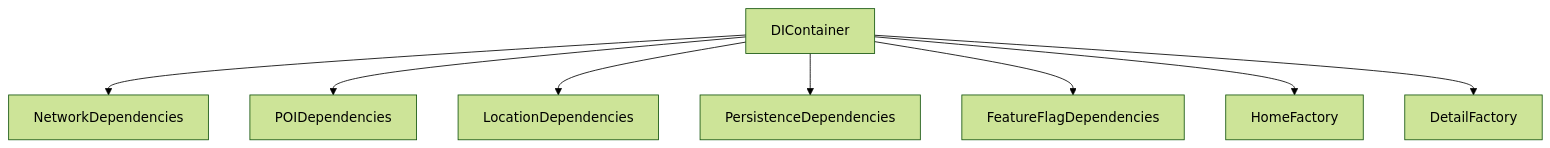
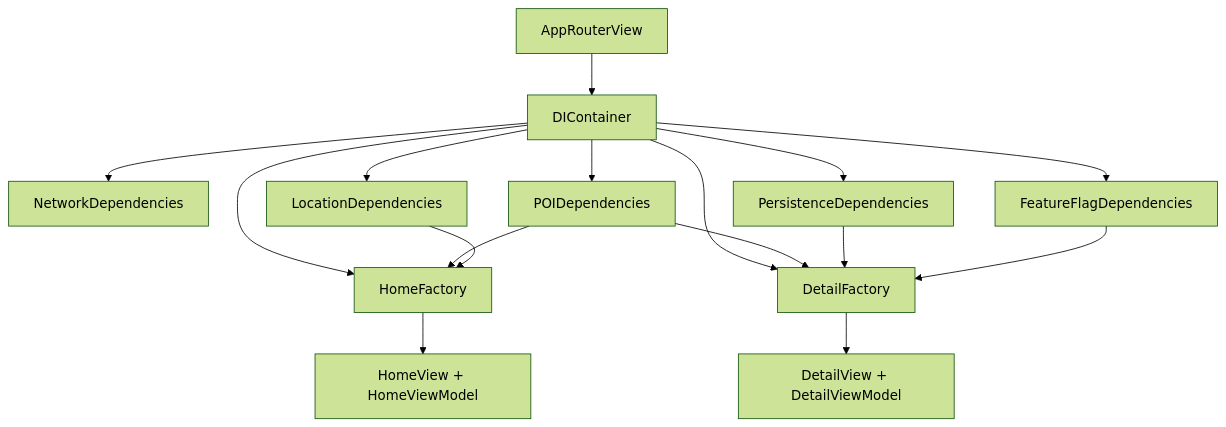
Before and after one commit to luizmellodev/Blueprint: the diagram in Documentation/Content/en/architecture/dependency-injection.md, drawn with Mermaid (forest theme). The commit also changed 32 other files, not shown here.

````diff
--- a/Documentation/Content/en/architecture/dependency-injection.md
+++ b/Documentation/Content/en/architecture/dependency-injection.md
@@ -62,11 +62,20 @@
 ```mermaid
 flowchart TB
+  ARV[AppRouterView]
   C[DIContainer]
+  ARV --> C
+  C --> HF[HomeFactory]
+  C --> DF[DetailFactory]
   C --> N[NetworkDependencies]
   C --> P[POIDependencies]
   C --> L[LocationDependencies]
   C --> PE[PersistenceDependencies]
   C --> F[FeatureFlagDependencies]
-  C --> HF[HomeFactory]
-  C --> DF[DetailFactory]
+  HF --> HV[HomeView + HomeViewModel]
+  DF --> DV[DetailView + DetailViewModel]
+  P --> HF
+  P --> DF
+  L --> HF
+  PE --> DF
+  F --> DF
 ```
````
